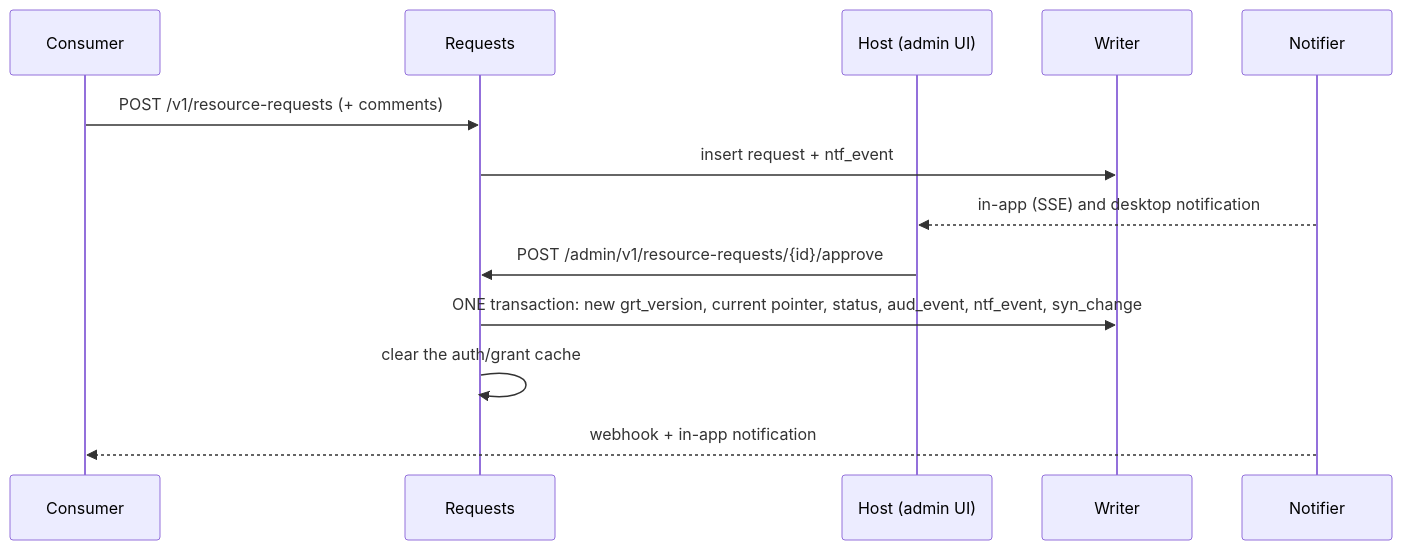
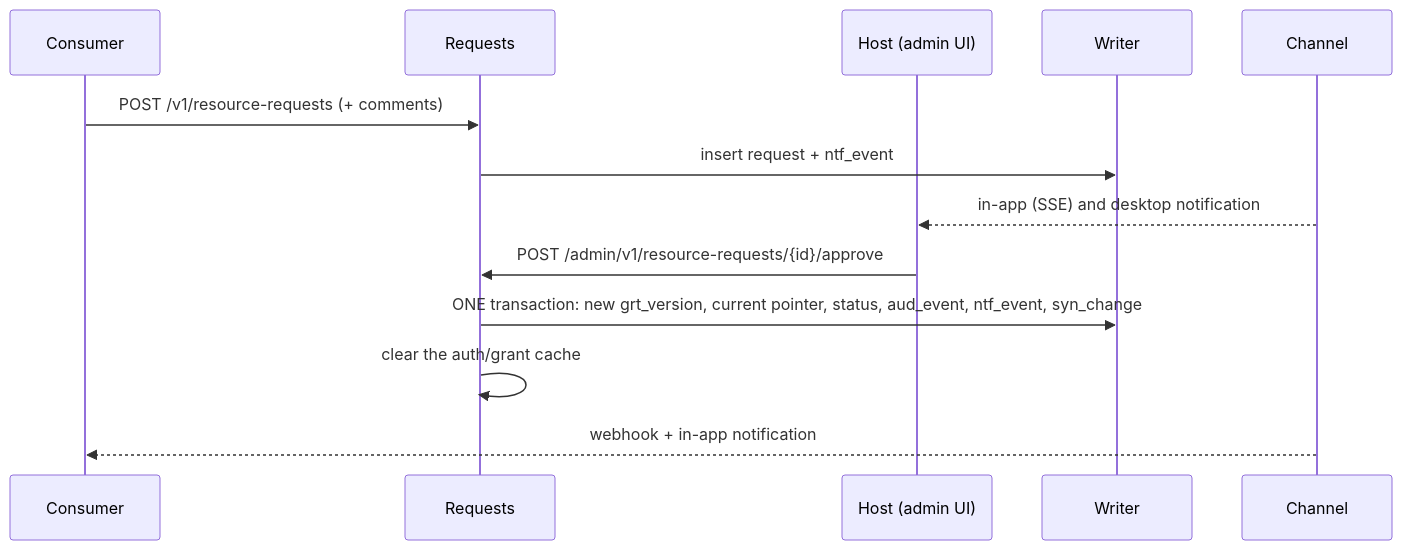
Before and after one commit to inCoderKaka/local-server: the seventh of 10 diagrams in docs/design_docs/lld.md, drawn with Mermaid. The commit also changed other lines of this file and 4 other files, not shown here.

````diff
--- a/docs/design_docs/lld.md
+++ b/docs/design_docs/lld.md
@@ -291,15 +291,15 @@
 ```mermaid
 sequenceDiagram
   participant Co as Consumer
   participant R as Requests
   participant H as Host (admin UI)
   participant W as Writer
-  participant N as Notifier
+  participant N as Channel
   Co->>R: POST /v1/resource-requests (+ comments)
   R->>W: insert request + ntf_event
   N-->>H: in-app (SSE) and desktop notification
   H->>R: POST /admin/v1/resource-requests/{id}/approve
   R->>W: ONE transaction: new grt_version, current pointer, status, aud_event, ntf_event, syn_change
   R->>R: clear the auth/grant cache
   N-->>Co: webhook + in-app notification
 ```
````
